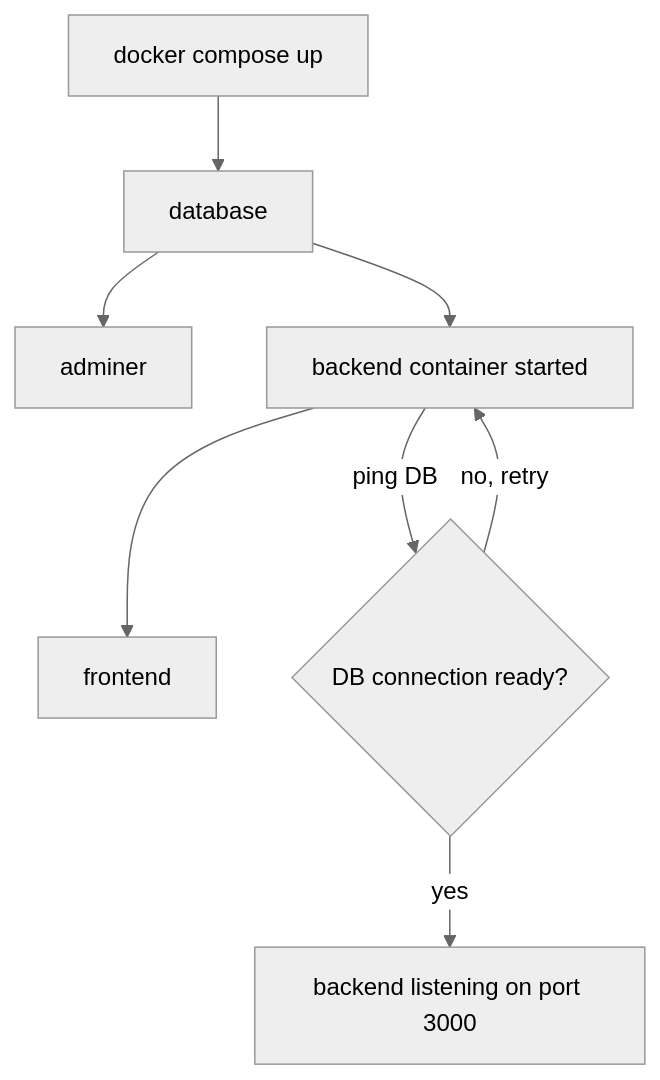
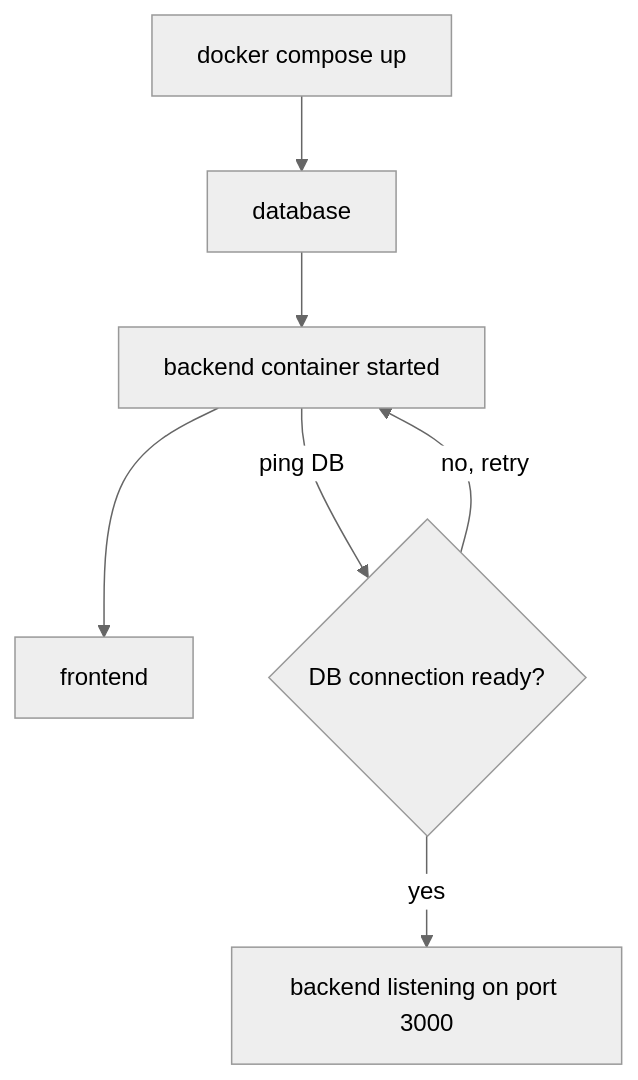
One commit to CoderMan73/ezspot changed the second of 4 diagrams in docs/Docker.md. Above: the diagram before and after it, drawn with Mermaid (neutral theme). The commit also changed other lines of this file and 4 other files, not shown here.

````diff
--- a/docs/Docker.md
+++ b/docs/Docker.md
@@ -119,18 +114,16 @@
 ```mermaid
 flowchart TD
     START[docker compose up]
 
     D[database]
-    A[adminer]
     B[backend container started]
     F[frontend]
     Q{DB connection ready?}
 
     START --> D
-    D --> A
     D --> B
     B --> F
     B -->|ping DB| Q
     Q -->|no, retry| B
     Q -->|yes| E[backend listening on port 3000]
 ```
````
